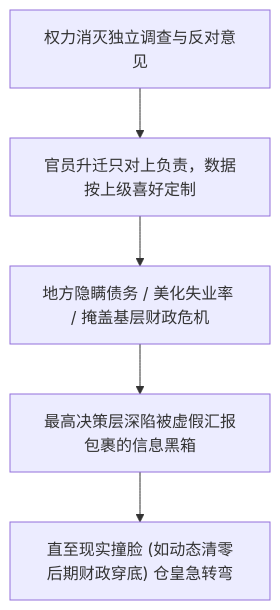
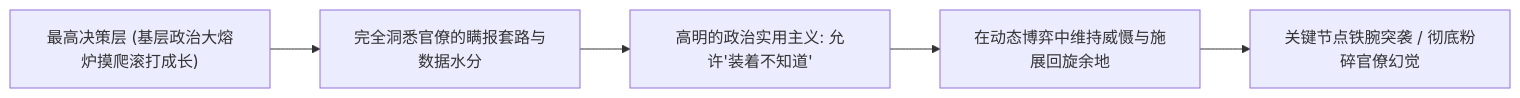
The second of 2 diagrams in src/content/blog/The Institutional Dilemma of Anti Corruption and Bureaucracy 2026-10-25.md (Terry-/glog), drawn with Mermaid before and after one commit. The commit also changed other lines of this file and 5 other files, not shown here.

````diff
--- a/src/content/blog/The Institutional Dilemma of Anti Corruption and Bureaucracy 2026-10-25.md
+++ b/src/content/blog/The Institutional Dilemma of Anti Corruption and Bureaucracy 2026-10-25.md
@@ -122,7 +75,7 @@
 ```mermaid
-graph TD
-    A["权力消灭独立调查与反对意见"] --> B["官员升迁只对上负责，数据按上级喜好定制"]
-    B --> C["地方隐瞒债务 / 美化失业率 / 掩盖基层财政危机"]
-    C --> D["最高决策层深陷被虚假汇报包裹的信息黑箱"]
-    D --> E["直至现实撞脸 (如动态清零后期财政穿底) 仓皇急转弯"]
+graph LR
+    A["最高决策层 (基层政治大熔炉摸爬滚打成长)"] --> B["完全洞悉官僚的瞒报套路与数据水分"]
+    B --> C["高明的政治实用主义: 允许'装着不知道'"]
+    C --> D["在动态博弈中维持威慑与施展回旋余地"]
+    D --> E["关键节点铁腕突袭 / 彻底粉碎官僚幻觉"]
 ```
````
